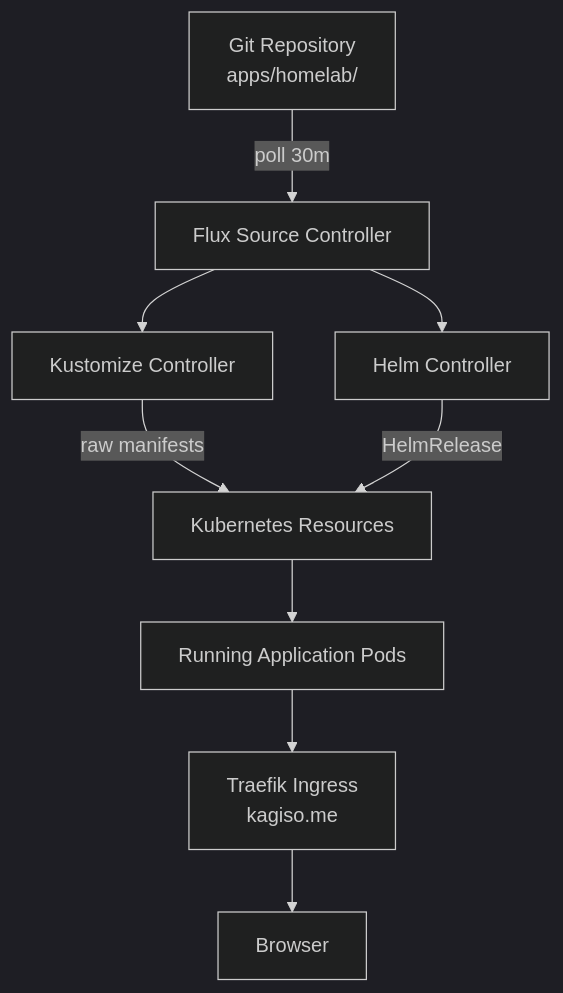
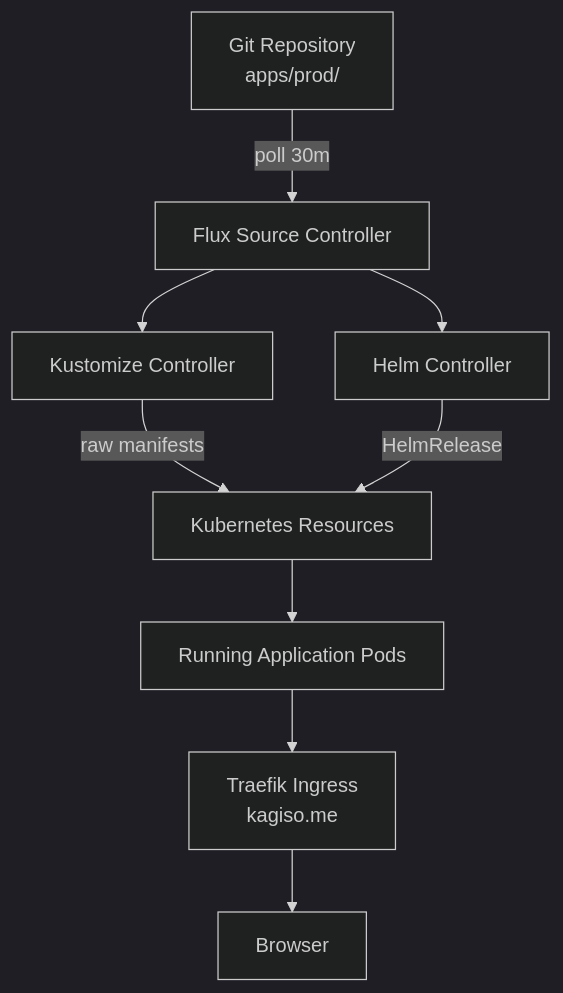
The second of 3 diagrams in docs/guides/09-Applications-GitOps.md (Kagiso-me/homelab-infrastructure), drawn with Mermaid (dark theme) before and after one commit. The commit also changed 10 other files, not shown here.

````diff
--- a/docs/guides/09-Applications-GitOps.md
+++ b/docs/guides/09-Applications-GitOps.md
@@ -63,11 +63,11 @@
 ```mermaid
 graph TD
-    Git["Git Repository<br/>apps/homelab/"] -->|"poll 30m"| SC["Flux Source Controller"]
+    Git["Git Repository<br/>apps/prod/"] -->|"poll 30m"| SC["Flux Source Controller"]
     SC --> KC["Kustomize Controller"]
     SC --> HC["Helm Controller"]
     KC -->|"raw manifests"| K8s["Kubernetes Resources"]
     HC -->|"HelmRelease"| K8s
     K8s --> Pods["Running Application Pods"]
     Pods --> Traefik["Traefik Ingress<br/>kagiso.me"]
     Traefik --> Browser["Browser"]
 ```
````
